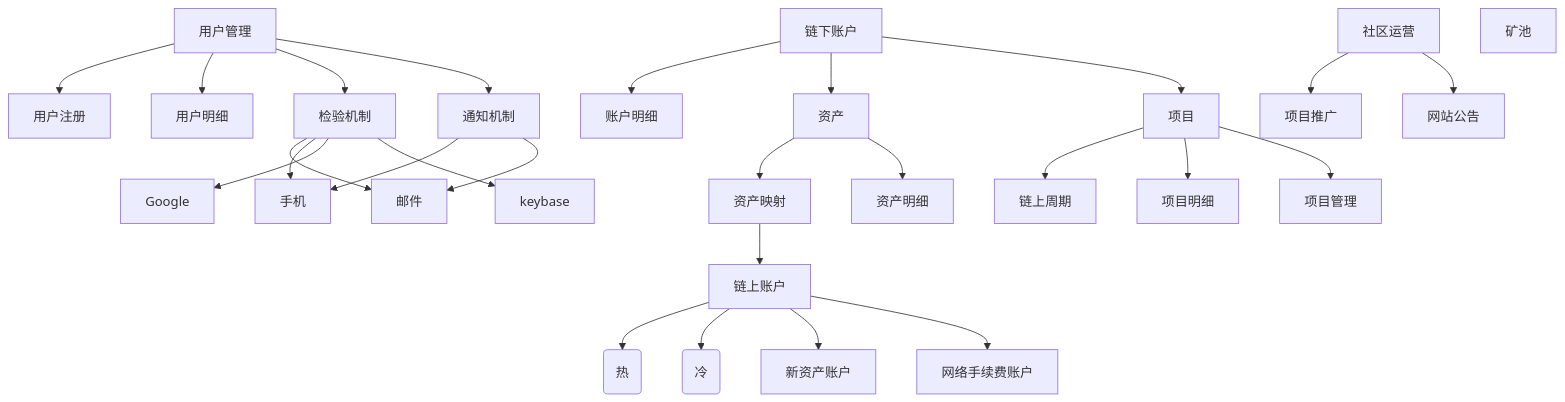
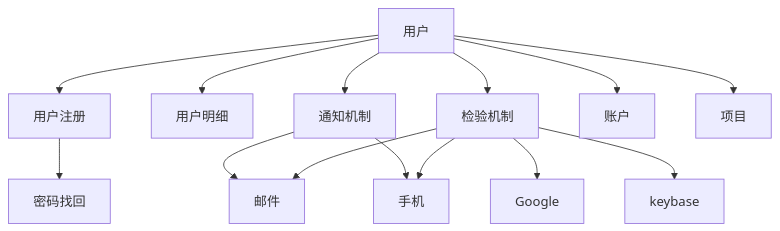
One commit to neomaclin/designdoc changed the fifth of 22 diagrams in Readme.md. Above: the diagram before and after it, drawn with Mermaid. The commit also changed other lines of this file and 3 other files, not shown here.

````diff
--- a/Readme.md
+++ b/Readme.md
@@ -5,33 +65,17 @@
 ```mermaid
 graph TB
 
-用户管理 --> 用户注册
-用户管理 --> 用户明细
-
-用户管理 --> 检验机制
-用户管理 --> 通知机制
-链下账户 --> 账户明细
-链下账户 --> 资产
-资产 --> 资产映射 
-资产映射 --> 链上账户
-资产 --> 资产明细
-项目 --> 链上周期
-链下账户 --> 项目
-项目 --> 项目明细
-项目 --> 项目管理
+用户 --> 用户注册
+用户注册 --> 密码找回
+用户 --> 用户明细
+用户 --> 检验机制
+用户 --> 通知机制
 通知机制 --> 手机
 通知机制 --> 邮件
 检验机制 --> 邮件
 检验机制 --> 手机
 检验机制 --> Google
 检验机制 --> keybase
-链上账户 --> 在线账户(热)
-链上账户 --> 离线账户(冷)
-链上账户 --> 新资产账户
-链上账户 --> 网络手续费账户
-
-社区运营 --> 项目推广
-社区运营 --> 网站公告
-
-矿池
+用户 --> 账户
+用户 --> 项目
 ```
````
